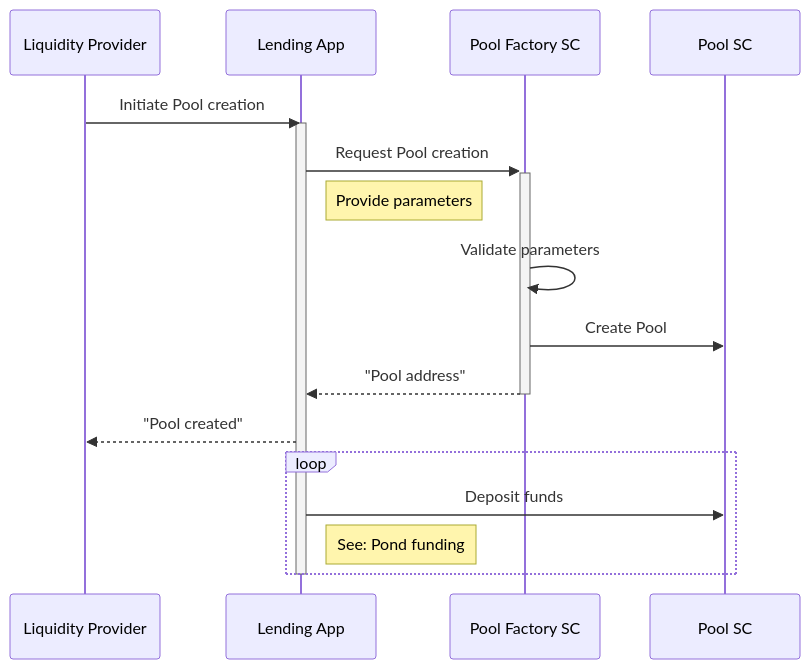
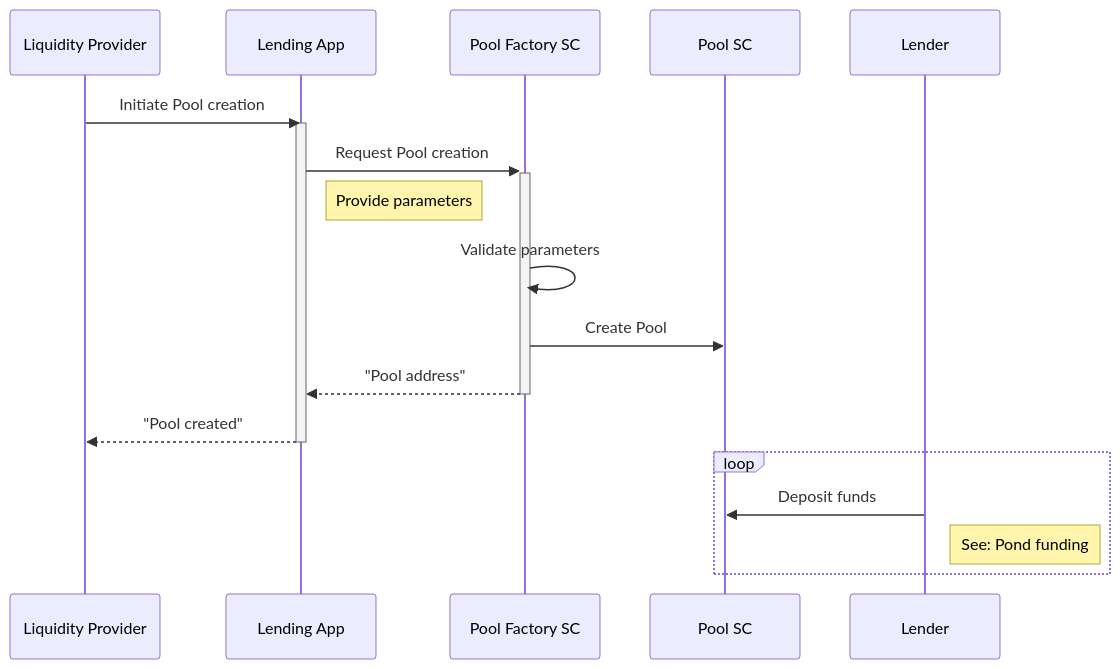
The second of 2 diagrams in layer-liquidity/1-Pond-Creation.md (growr-xyz/growr-documentation), drawn with Mermaid before and after one commit. The commit also changed other lines of this file and 9 other files, not shown here.

````diff
--- a/layer-liquidity/1-Pond-Creation.md
+++ b/layer-liquidity/1-Pond-Creation.md
@@ -53,19 +53,19 @@
 ```mermaid
 sequenceDiagram
     participant Liquidity Provider
     participant Lending App
     participant Pool Factory SC
     Liquidity Provider->>Lending App: Initiate Pool creation
     activate Lending App
     Lending App->>+Pool Factory SC: Request Pool creation
     Note right of Lending App: Provide parameters
     Pool Factory SC->>Pool Factory SC: Validate parameters
     Pool Factory SC->>Pool SC: Create Pool
     Pool Factory SC-->>-Lending App: "Pool address"
     Lending App-->>Liquidity Provider: "Pool created"
+    deactivate Lending App
     loop
-        Lending App->>Pool SC: Deposit funds
-        Note right of Lending App: See: Pond funding
+        Lender->>Pool SC: Deposit funds
+        Note right of Lender: See: Pond funding
     end
-    deactivate Lending App
 ```
````
